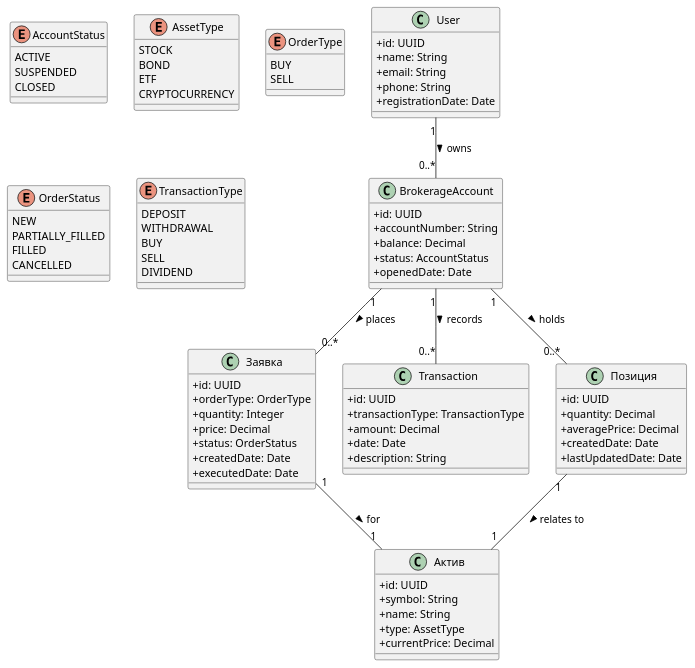
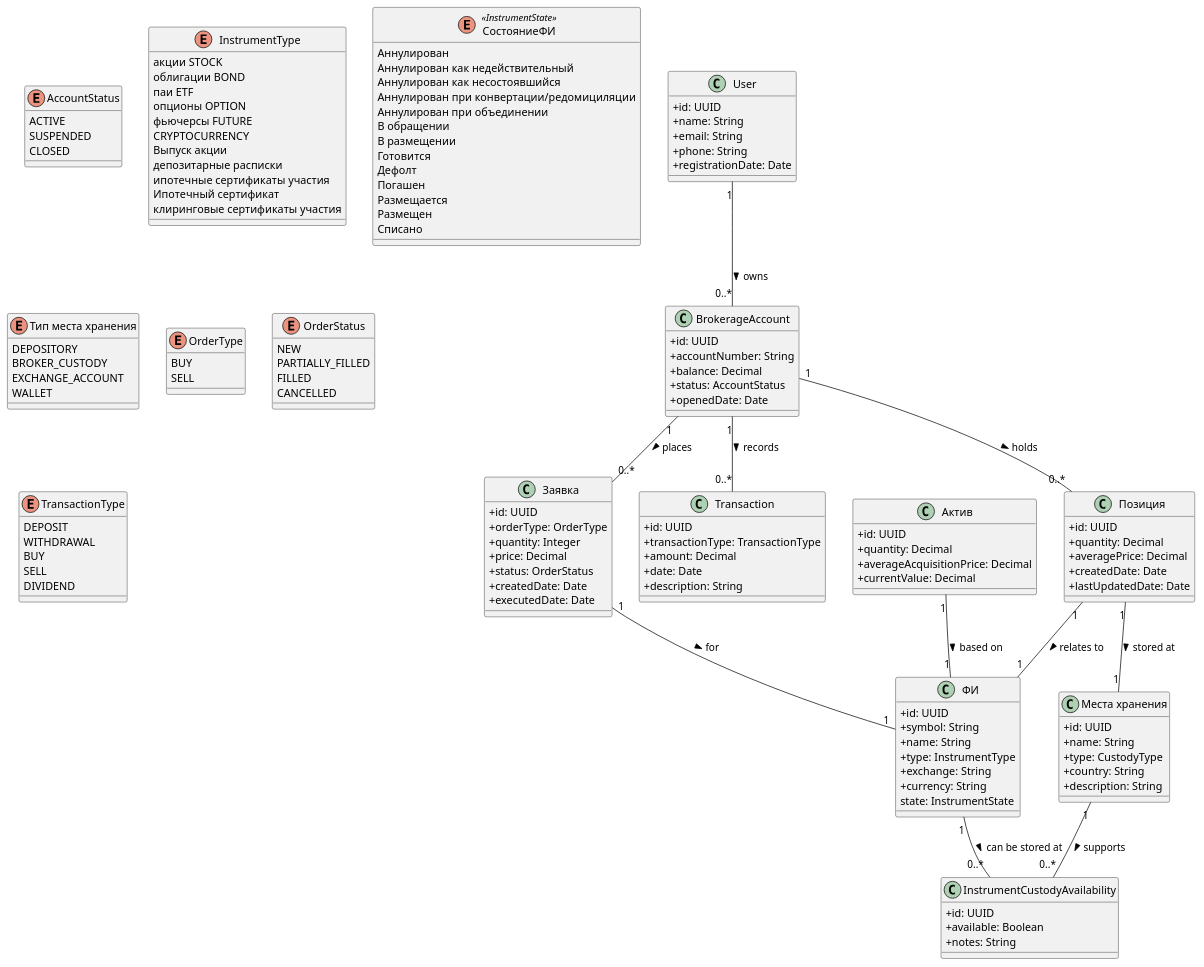
The diagram in analytic/invest.puml (daemon110282/daemon110282.github.io), drawn with PlantUML before and after one commit.

Commit message:
add detail

```diff
--- a/analytic/invest.puml
+++ b/analytic/invest.puml
@@ -1,97 +1,172 @@
 @startuml (id=invest)
 skinparam classAttributeIconSize 0
+hide note
 
 ' Основные сущности
 class User {
   +id: UUID
   +name: String
   +email: String
   +phone: String
   +registrationDate: Date
 }
 
 class BrokerageAccount {
   +id: UUID
   +accountNumber: String
   +balance: Decimal
   +status: AccountStatus
   +openedDate: Date
 }
 
-class "Актив" AS Asset {
+enum AccountStatus {
+  ACTIVE
+  SUSPENDED
+  CLOSED
+}
+
+' note left
+' Финансовый инструмент — это то, 
+' чем ты торгуешь (акция, облигация, опцион).
+' end note
+class "ФИ" AS FinancialInstrument {
   +id: UUID
   +symbol: String
   +name: String
-  +type: AssetType
-  +currentPrice: Decimal
+  +type: InstrumentType
+  +exchange: String
+  +currency: String
+	state: InstrumentState
+}
+
+enum InstrumentType {
+	акции STOCK
+	облигации BOND
+	паи ETF
+	опционы OPTION
+	фьючерсы FUTURE
+	CRYPTOCURRENCY
+	Выпуск акции
+	депозитарные расписки
+	ипотечные сертификаты участия
+	Ипотечный сертификат
+	клиринговые сертификаты участия
+}
+
+enum "СостояниеФИ" AS InstrumentState <<InstrumentState>> {
+	Аннулирован
+	Аннулирован как недействительный
+	Аннулирован как несостоявшийся
+	Аннулирован при конвертации/редомициляции
+	Аннулирован при объединении
+	В обращении
+	В размещении
+	Готовится
+	Дефолт
+	Погашен
+	Размещается
+	Размещен
+	Списано
+}
+
+' note left
+' После покупки ФИ, у инвестора 
+' появляется актив в портфеле.
+' end note
+class "Актив" AS Asset {
+  +id: UUID
+  +quantity: Decimal
+  +averageAcquisitionPrice: Decimal
+  +currentValue: Decimal
 }
 
 class "Заявка" AS Order {
   +id: UUID
   +orderType: OrderType
   +quantity: Integer
   +price: Decimal
   +status: OrderStatus
   +createdDate: Date
   +executedDate: Date
 }
 
 class Transaction {
   +id: UUID
   +transactionType: TransactionType
   +amount: Decimal
   +date: Date
   +description: String
 }
 
 class "Позиция" AS Position {
   +id: UUID
   +quantity: Decimal
   +averagePrice: Decimal
   +createdDate: Date
   +lastUpdatedDate: Date
 }
 
-' Перечисления
-enum AccountStatus {
-  ACTIVE
-  SUSPENDED
-  CLOSED
+class "Места хранения" AS CustodyLocation {
+  +id: UUID
+  +name: String
+  +type: CustodyType
+  +country: String
+  +description: String
 }
 
-enum AssetType {
-  STOCK
-  BOND
-  ETF
-  CRYPTOCURRENCY
+' Не все инструменты можно хранить везде. Например:
+' Акции хранятся через депозитарии (DEPOSITORY).
+' Фьючерсы — на биржевых счетах (EXCHANGE_ACCOUNT).
+' Криптовалюта — в кошельках (WALLET).
+enum "Тип места хранения" AS CustodyType {
+  DEPOSITORY
+  BROKER_CUSTODY
+  EXCHANGE_ACCOUNT
+  WALLET
 }
+
+' отображает доступность хранения конкретного финансового инструмента в конкретном месте хранения.
+' Один инструмент может храниться в нескольких местах.
+' Одно место может поддерживать хранение разных инструментов.
+class InstrumentCustodyAvailability {
+  +id: UUID
+  +available: Boolean
+  +notes: String
+}
+
+' Перечисления
+
 
 enum OrderType {
   BUY
   SELL
 }
 
 enum OrderStatus {
   NEW
   PARTIALLY_FILLED
   FILLED
   CANCELLED
 }
 
 enum TransactionType {
   DEPOSIT
   WITHDRAWAL
   BUY
   SELL
   DIVIDEND
 }
 
 ' Связи
 User "1" -- "0..*" BrokerageAccount : owns >
 BrokerageAccount "1" -- "0..*" Order : places >
-Order "1" -- "1" Asset : for >
+Order "1" -- "1" FinancialInstrument : for >
 BrokerageAccount "1" -- "0..*" Transaction : records >
 BrokerageAccount "1" -- "0..*" Position : holds >
-Position "1" -- "1" Asset : relates to >
+Position "1" -- "1" FinancialInstrument : relates to >
+Position "1" -- "1" CustodyLocation : stored at >
+Asset "1" -- "1" FinancialInstrument : based on >
+FinancialInstrument "1" -- "0..*" InstrumentCustodyAvailability : can be stored at >
+CustodyLocation "1" -- "0..*" InstrumentCustodyAvailability : supports >
 
 @enduml
```
